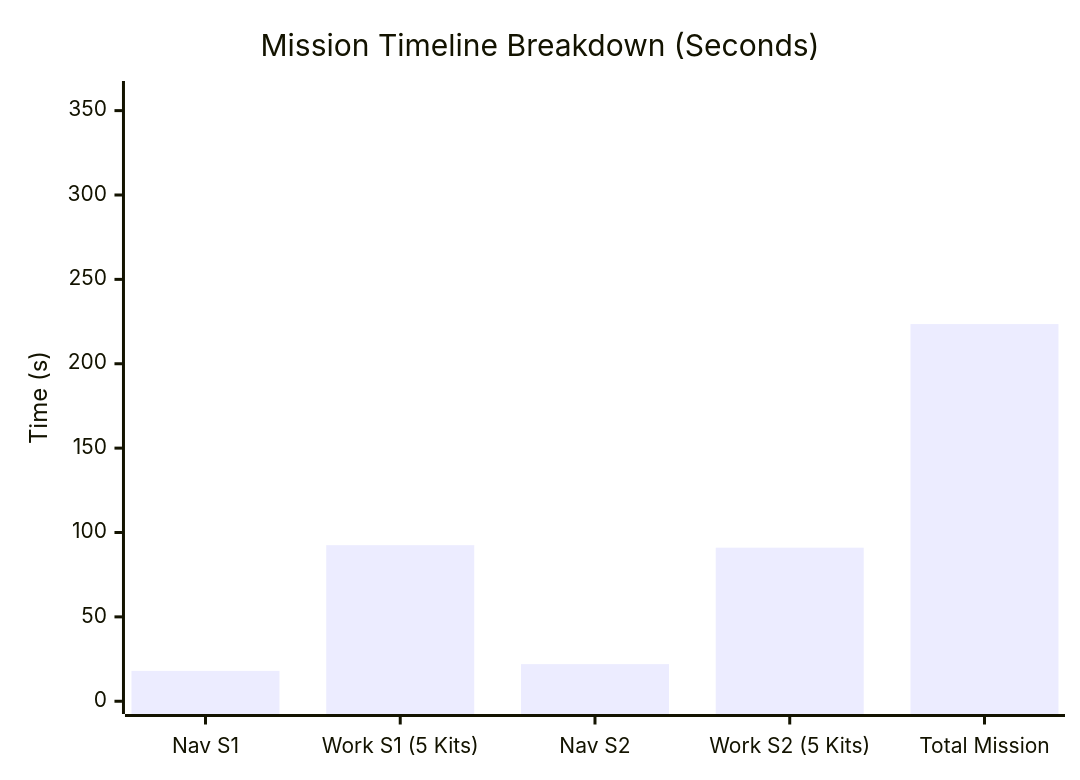
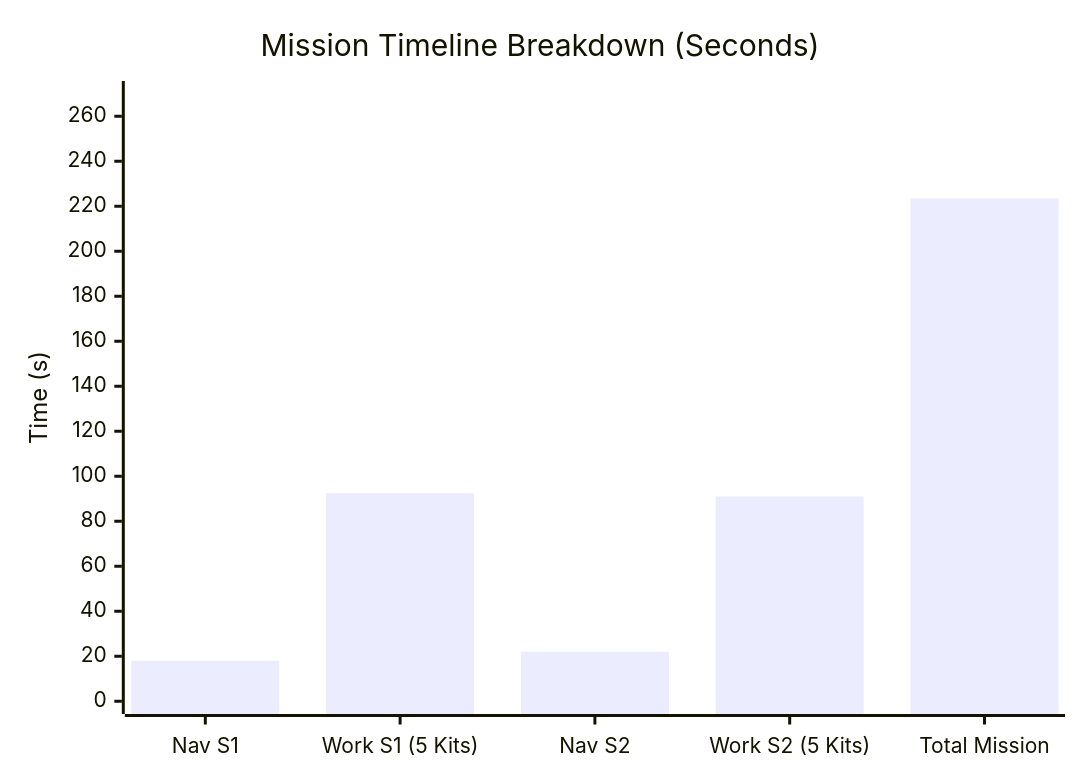
Before and after one commit to Gagan-v04/advaitic-robotic-systems-assignment: the second of 2 diagrams in solution/CONSTRAINTS.md, drawn with Mermaid. The commit also changed other lines of this file and 2 other files, not shown here.

````diff
--- a/solution/CONSTRAINTS.md
+++ b/solution/CONSTRAINTS.md
@@ -58,7 +58,7 @@
 ```mermaid
 xychart-beta
     title "Mission Timeline Breakdown (Seconds)"
     x-axis ["Nav S1", "Work S1 (5 Kits)", "Nav S2", "Work S2 (5 Kits)", "Total Mission"]
-    y-axis "Time (s)" 0 --> 360
+    y-axis "Time (s)" 0 --> 270
     bar [18.0, 92.5, 22.0, 91.0, 223.5]
 ```
````
